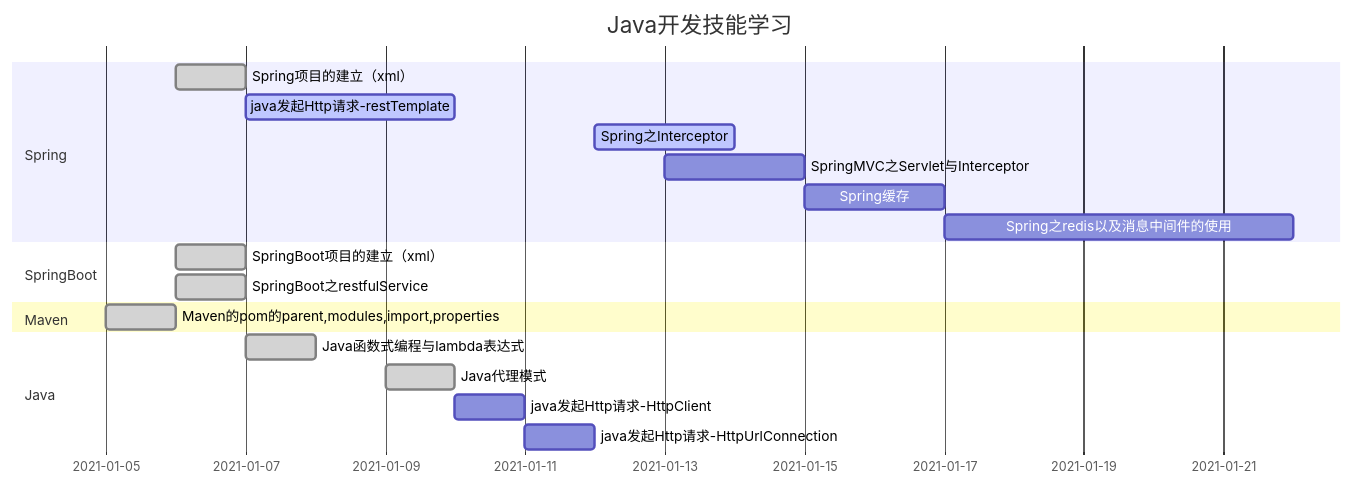
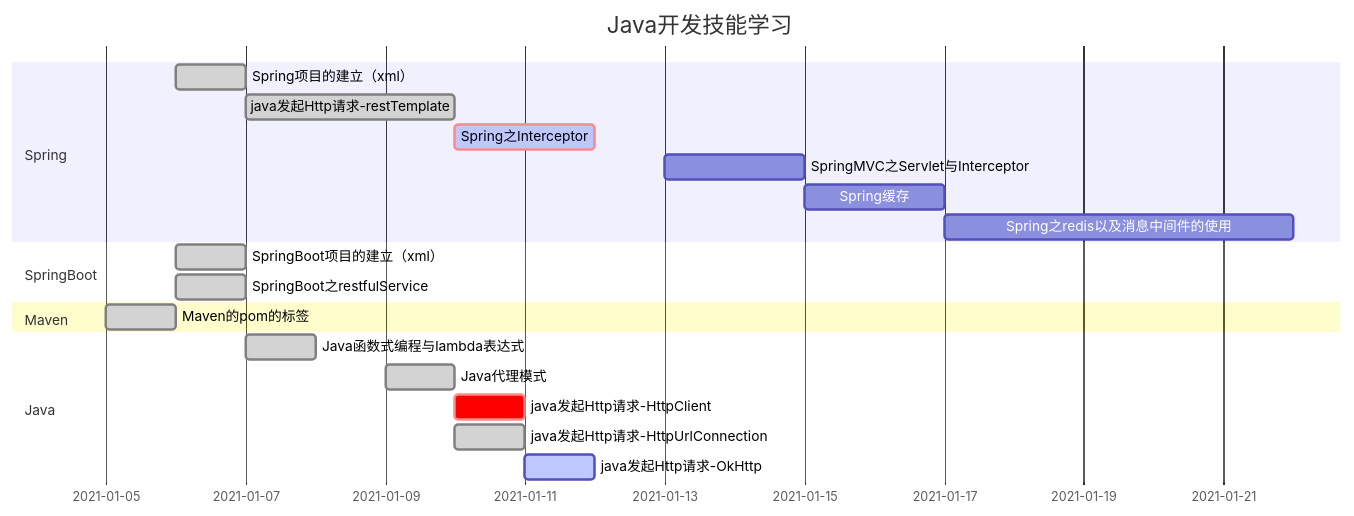
The diagram in content/post/计算机技术/Java开发技能需求与学习.md (ole12138/ole12138.github.io), drawn with Mermaid before and after one commit. The commit also changed 5 other files, not shown here.

````diff
--- a/content/post/计算机技术/Java开发技能需求与学习.md
+++ b/content/post/计算机技术/Java开发技能需求与学习.md
@@ -42,26 +42,27 @@
 ```mermaid
 gantt
 dateFormat  YYYY-MM-DD
 title Java开发技能学习
 
 section Spring
 Spring项目的建立（xml）							:done, 	springInit, 2021-01-06, 2021-01-07
-java发起Http请求-restTemplate						:active, restTemplate, 2021-01-07, 2021-01-10	
-Spring之Interceptor								:active,2021-01-12,2d
+java发起Http请求-restTemplate						:done, restTemplate, 2021-01-07, 3d	
+Spring之Interceptor								:active, crit,2021-01-10,2d
 SpringMVC之Servlet与Interceptor					:2021-01-13,2d
 Spring缓存										:2021-01-15,2d
 Spring之redis以及消息中间件的使用					:2021-01-17,5d
 
 section SpringBoot
 SpringBoot项目的建立（xml）						:done, 	springBootInit, 2021-01-06, 2021-01-07
 SpringBoot之restfulService						:done, 	restfulService, 2021-01-06, 2021-01-07
 
 section Maven
-Maven的pom的parent,modules,import,properties		:done, mavanPom, 2021-01-05, 2021-01-06
+Maven的pom的标签								:done, mavanPom, 2021-01-05, 2021-01-06
 
 section Java
 Java函数式编程与lambda表达式							:done, javaLambda, 2021-01-07, 2021-01-08
-Java代理模式									:done, javaProxy, 2021-01-09, 1d
-java发起Http请求-HttpClient							:httpClient,after restTemplate,1d
-java发起Http请求-HttpUrlConnection					:httpUrlConnection,after httpClient,1d
+Java代理模式										:done, javaProxy, 2021-01-09, 1d
+java发起Http请求-HttpClient							:crit,httpClient,after restTemplate,1d
+java发起Http请求-HttpUrlConnection					:done,2021-01-10,1d
+java发起Http请求-OkHttp								:active,1d
 ```
````
